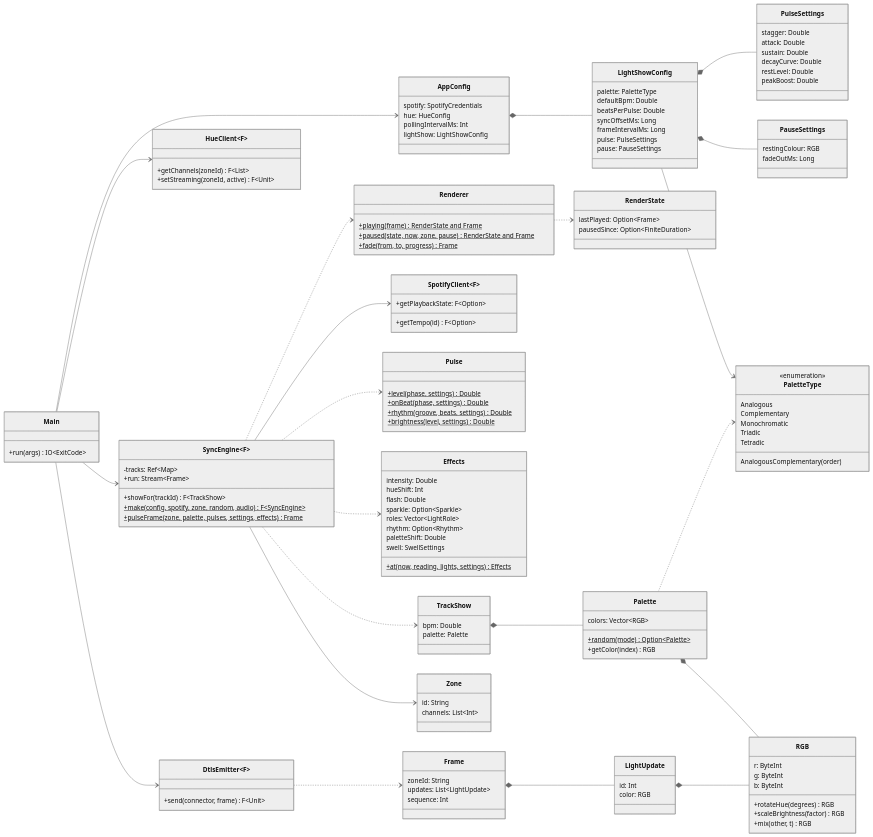
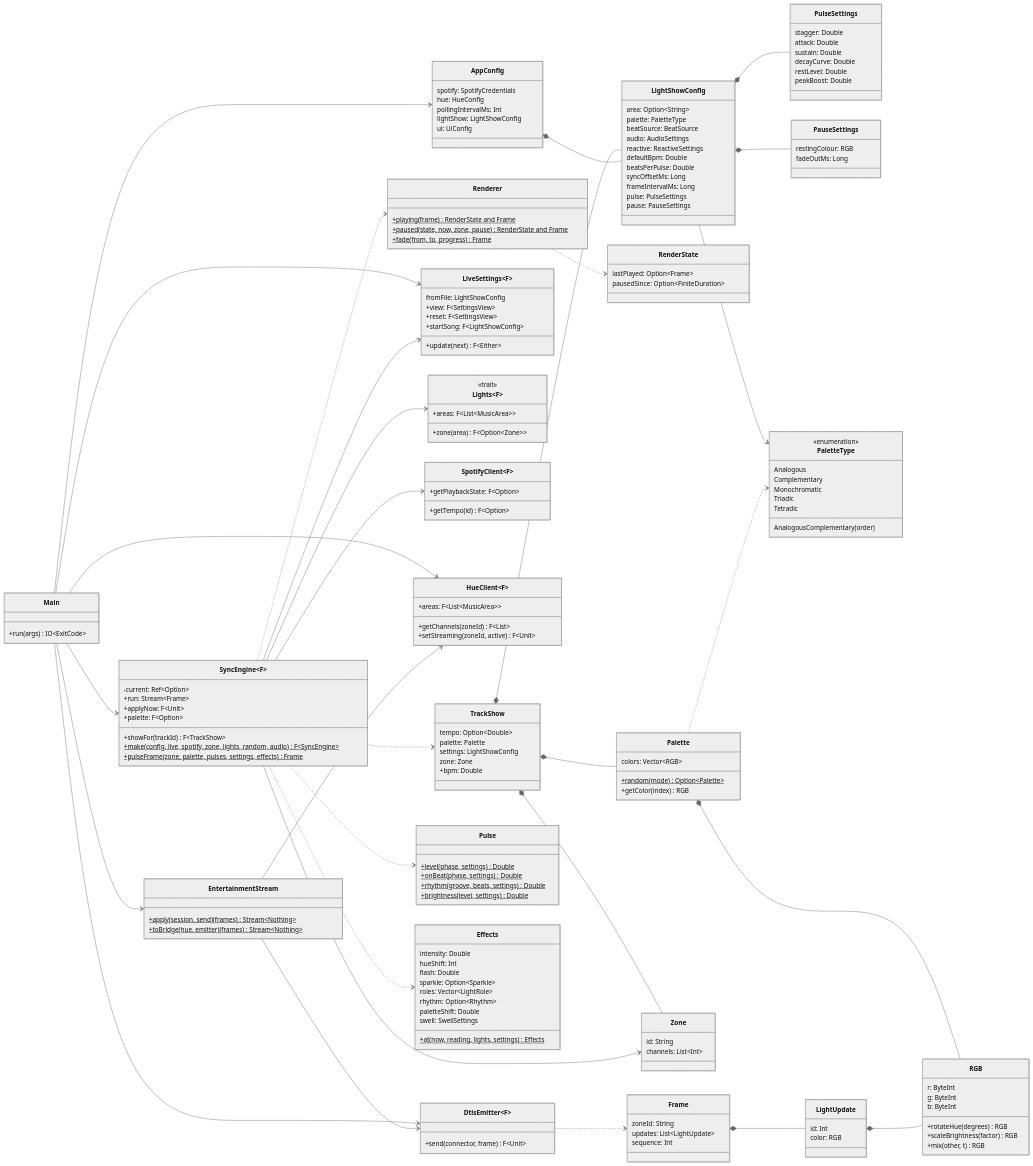
Before and after one commit to LorenzoPrinsloo/spotify-hue-sync: the second of 3 diagrams in docs/architecture.md, drawn with Mermaid (neutral theme). The commit also changed other lines of this file and 3 other files, not shown here.

First line of the commit message:
Bring the docs up to date with the settings page and entertainment areas

```diff
--- a/docs/architecture.md
+++ b/docs/architecture.md
@@ -87,9 +87,14 @@
         hue: HueConfig
         pollingIntervalMs: Int
         lightShow: LightShowConfig
+        ui: UiConfig
     }
     class LightShowConfig {
+        area: Option~String~
         palette: PaletteType
+        beatSource: BeatSource
+        audio: AudioSettings
+        reactive: ReactiveSettings
         defaultBpm: Double
         beatsPerPulse: Double
         syncOffsetMs: Long
@@ -111,15 +116,36 @@
     }
 
     class SyncEngine~F~ {
-        -tracks: Ref~Map~
+        -current: Ref~Option~
         +run: Stream~Frame~
         +showFor(trackId) F~TrackShow~
-        +make(config, spotify, zone, random, audio)$ F~SyncEngine~
+        +applyNow: F~Unit~
+        +palette: F~Option~
+        +make(config, live, spotify, zone, lights, random, audio)$ F~SyncEngine~
         +pulseFrame(zone, palette, pulses, settings, effects)$ Frame
     }
     class TrackShow {
-        bpm: Double
+        tempo: Option~Double~
         palette: Palette
+        settings: LightShowConfig
+        zone: Zone
+        +bpm: Double
+    }
+    class LiveSettings~F~ {
+        fromFile: LightShowConfig
+        +view: F~SettingsView~
+        +update(next) F~Either~
+        +reset: F~SettingsView~
+        +startSong: F~LightShowConfig~
+    }
+    class Lights~F~ {
+        <<trait>>
+        +areas: F~List~MusicArea~~
+        +zone(area) F~Option~Zone~~
+    }
+    class EntertainmentStream {
+        +apply(session, send)(frames)$ Stream~Nothing~
+        +toBridge(hue, emitter)(frames)$ Stream~Nothing~
     }
 
     class SpotifyClient~F~ {
@@ -127,6 +153,7 @@
         +getTempo(id) F~Option~
     }
     class HueClient~F~ {
+        +areas: F~List~MusicArea~~
         +getChannels(zoneId) F~List~
         +setStreaming(zoneId, active) F~Unit~
     }
@@ -202,6 +229,14 @@
     Main --> SyncEngine
     Main --> HueClient
     Main --> DtlsEmitter
+    Main --> EntertainmentStream
+    Main --> LiveSettings
+    SyncEngine --> LiveSettings
+    SyncEngine --> Lights
+    TrackShow *-- LightShowConfig
+    TrackShow *-- Zone
+    EntertainmentStream --> HueClient
+    EntertainmentStream --> DtlsEmitter
     AppConfig *-- LightShowConfig
     LightShowConfig *-- PulseSettings
     LightShowConfig *-- PauseSettings
```
